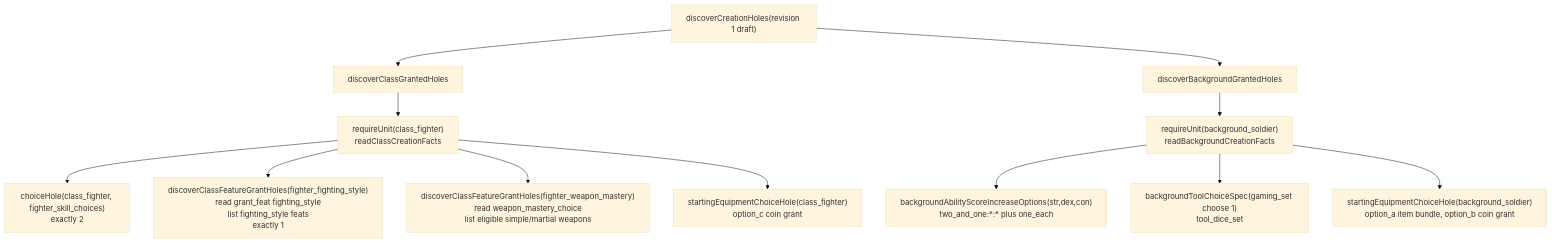
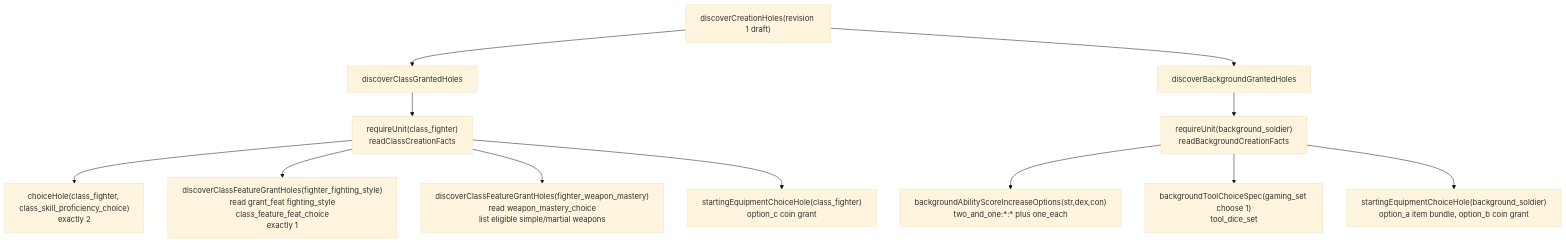
The sixth of 10 diagrams in packages/character-creation-runtime/EXPLANATORY_TIME_DIAGRAM.md (dearlordylord/5e-quint), drawn with Mermaid (base theme) before and after one commit. The commit also changed 34 other files, not shown here.

````diff
--- a/packages/character-creation-runtime/EXPLANATORY_TIME_DIAGRAM.md
+++ b/packages/character-creation-runtime/EXPLANATORY_TIME_DIAGRAM.md
@@ -356,24 +356,24 @@
 ```mermaid
 flowchart TD
   D["discoverCreationHoles(revision 1 draft)"]
   Class["discoverClassGrantedHoles"]
   ClassRead["requireUnit(class_fighter)<br/>readClassCreationFacts"]
-  Skills["choiceHole(class_fighter, fighter_skill_choices)<br/>exactly 2"]
-  Style["discoverClassFeatureGrantHoles(fighter_fighting_style)<br/>read grant_feat fighting_style<br/>list fighting_style feats<br/>exactly 1"]
+  Skills["choiceHole(class_fighter, class_skill_proficiency_choice)<br/>exactly 2"]
+  Style["discoverClassFeatureGrantHoles(fighter_fighting_style)<br/>read grant_feat fighting_style<br/>class_feature_feat_choice<br/>exactly 1"]
   Mastery["discoverClassFeatureGrantHoles(fighter_weapon_mastery)<br/>read weapon_mastery_choice<br/>list eligible simple/martial weapons"]
   ClassEquip["startingEquipmentChoiceHole(class_fighter)<br/>option_c coin grant"]
 
   Background["discoverBackgroundGrantedHoles"]
   BgRead["requireUnit(background_soldier)<br/>readBackgroundCreationFacts"]
   ASI["backgroundAbilityScoreIncreaseOptions(str,dex,con)<br/>two_and_one:*:* plus one_each"]
   Tool["backgroundToolChoiceSpec(gaming_set choose 1)<br/>tool_dice_set"]
   BgEquip["startingEquipmentChoiceHole(background_soldier)<br/>option_a item bundle, option_b coin grant"]
 
   D --> Class --> ClassRead --> Skills
   ClassRead --> Style
   ClassRead --> Mastery
   ClassRead --> ClassEquip
   D --> Background --> BgRead --> ASI
   BgRead --> Tool
   BgRead --> BgEquip
 ```
````
